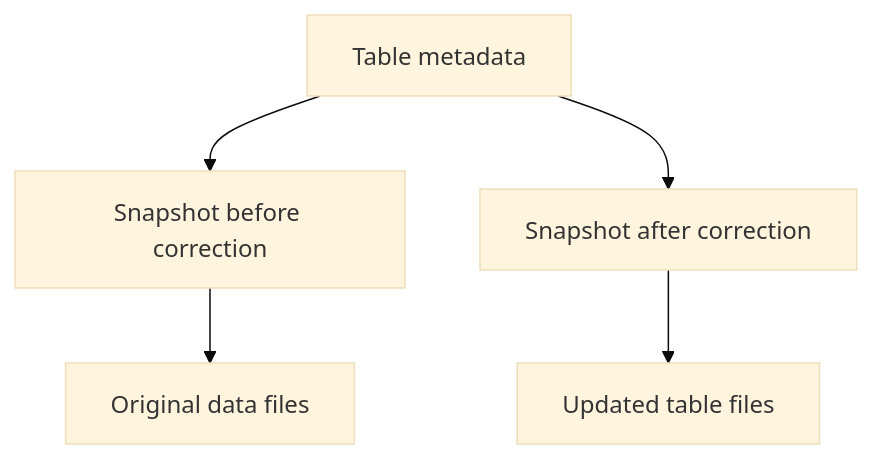
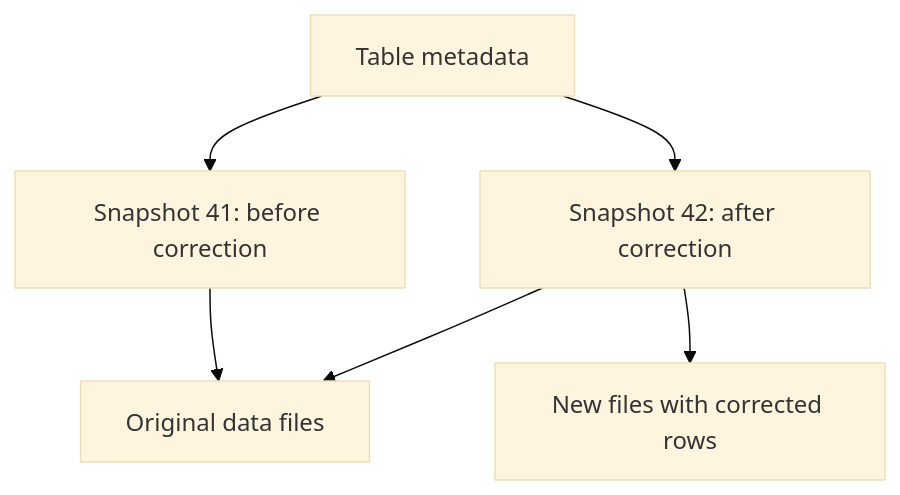
One commit to BulutHamali/aws-dea-c01-learning-hub changed the diagram in topic-guides/iceberg.md. Above: the diagram before and after it, drawn with Mermaid (base theme). The commit also changed other lines of this file and 77 other files, not shown here.

````diff
--- a/topic-guides/iceberg.md
+++ b/topic-guides/iceberg.md
@@ -7,7 +11,8 @@
 ```mermaid
 flowchart TD
-    M["Table metadata"] --> A["Snapshot before correction"]
-    M --> B["Snapshot after correction"]
+    M["Table metadata"] --> A["Snapshot 41: before correction"]
+    M --> B["Snapshot 42: after correction"]
     A --> C["Original data files"]
-    B --> D["Updated table files"]
+    B --> C
+    B --> D["New files with corrected rows"]
 ```
````
